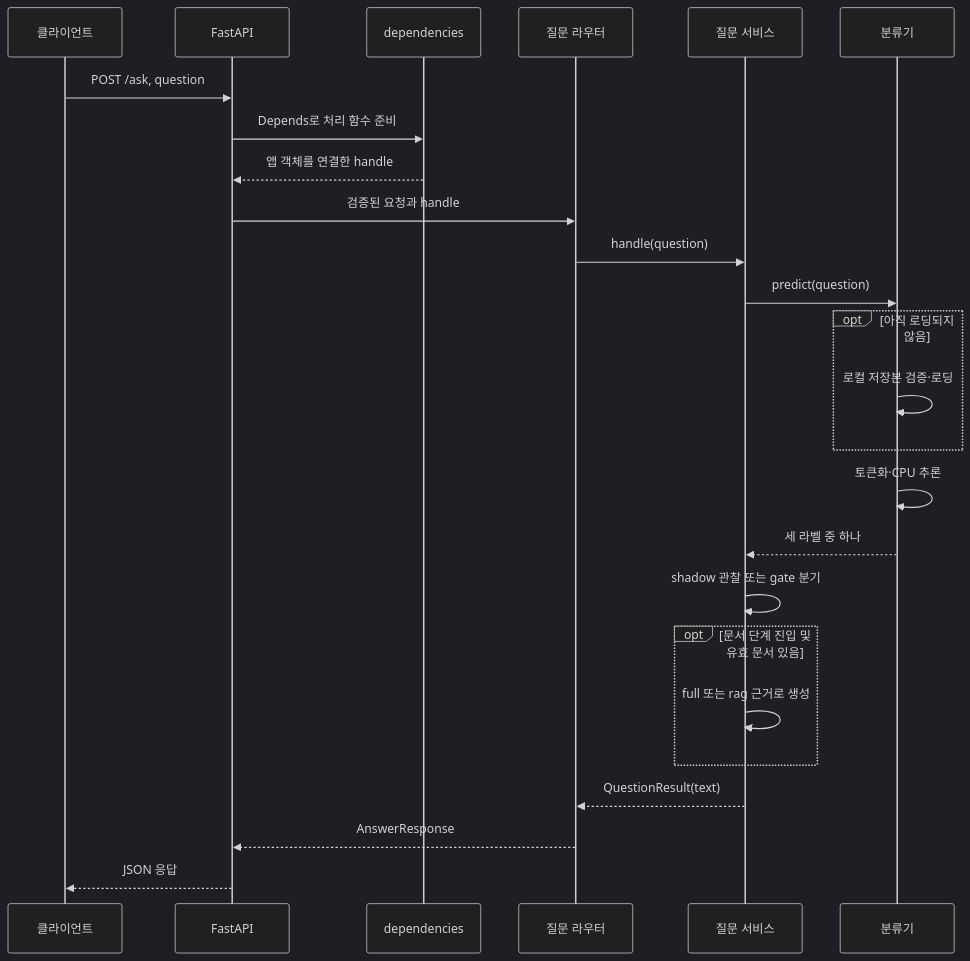
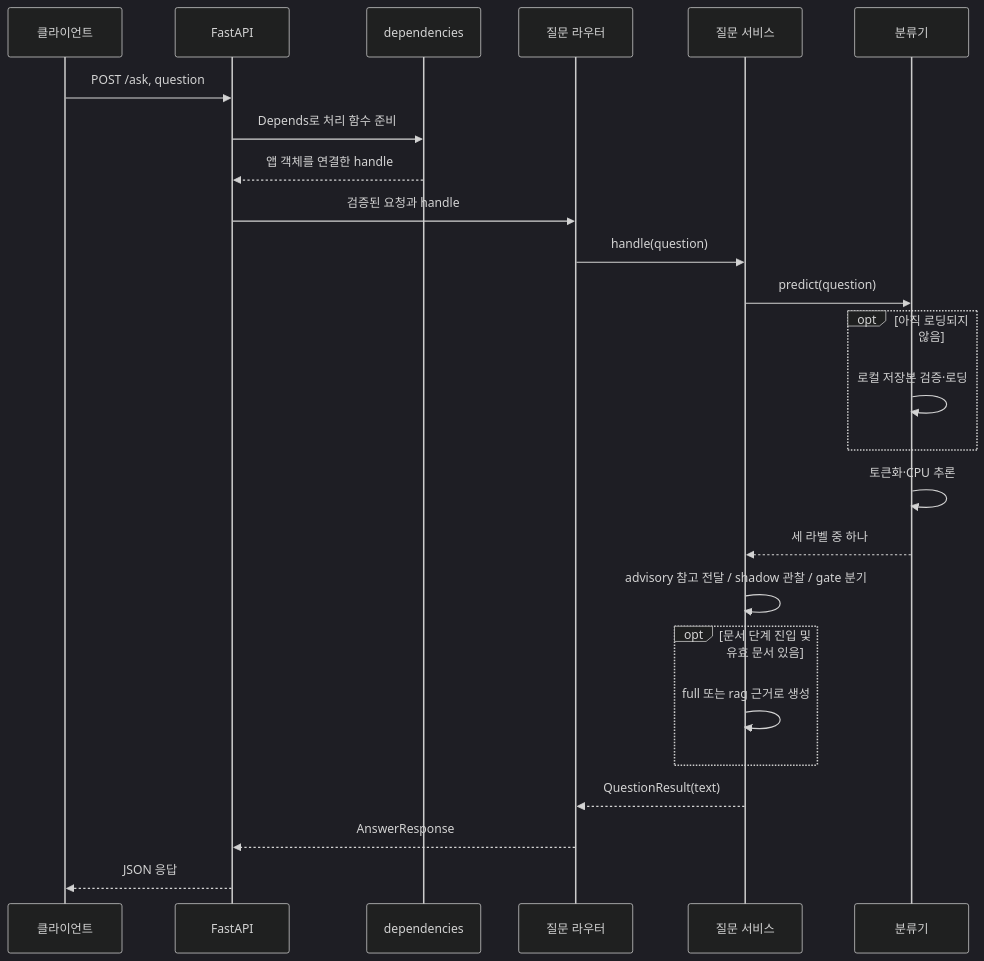
The diagram in app/README.md (KANT-2nd-project/sanaebi), drawn with Mermaid (dark theme) before and after one commit. The commit also changed other lines of this file and 25 other files, not shown here.

````diff
--- a/app/README.md
+++ b/app/README.md
@@ -63,27 +63,27 @@
 ```mermaid
 sequenceDiagram
     participant Client as 클라이언트
     participant HTTP as FastAPI
     participant DI as dependencies
     participant Router as 질문 라우터
     participant Service as 질문 서비스
     participant Model as 분류기
     Client->>HTTP: POST /ask, question
     HTTP->>DI: Depends로 처리 함수 준비
     DI-->>HTTP: 앱 객체를 연결한 handle
     HTTP->>Router: 검증된 요청과 handle
     Router->>Service: handle(question)
     Service->>Model: predict(question)
     opt 아직 로딩되지 않음
         Model->>Model: 로컬 저장본 검증·로딩
     end
     Model->>Model: 토큰화·CPU 추론
     Model-->>Service: 세 라벨 중 하나
-    Service->>Service: shadow 관찰 또는 gate 분기
+    Service->>Service: advisory 참고 전달 / shadow 관찰 / gate 분기
     opt 문서 단계 진입 및 유효 문서 있음
         Service->>Service: full 또는 rag 근거로 생성
     end
     Service-->>Router: QuestionResult(text)
     Router-->>HTTP: AnswerResponse
     HTTP-->>Client: JSON 응답
 ```
````
